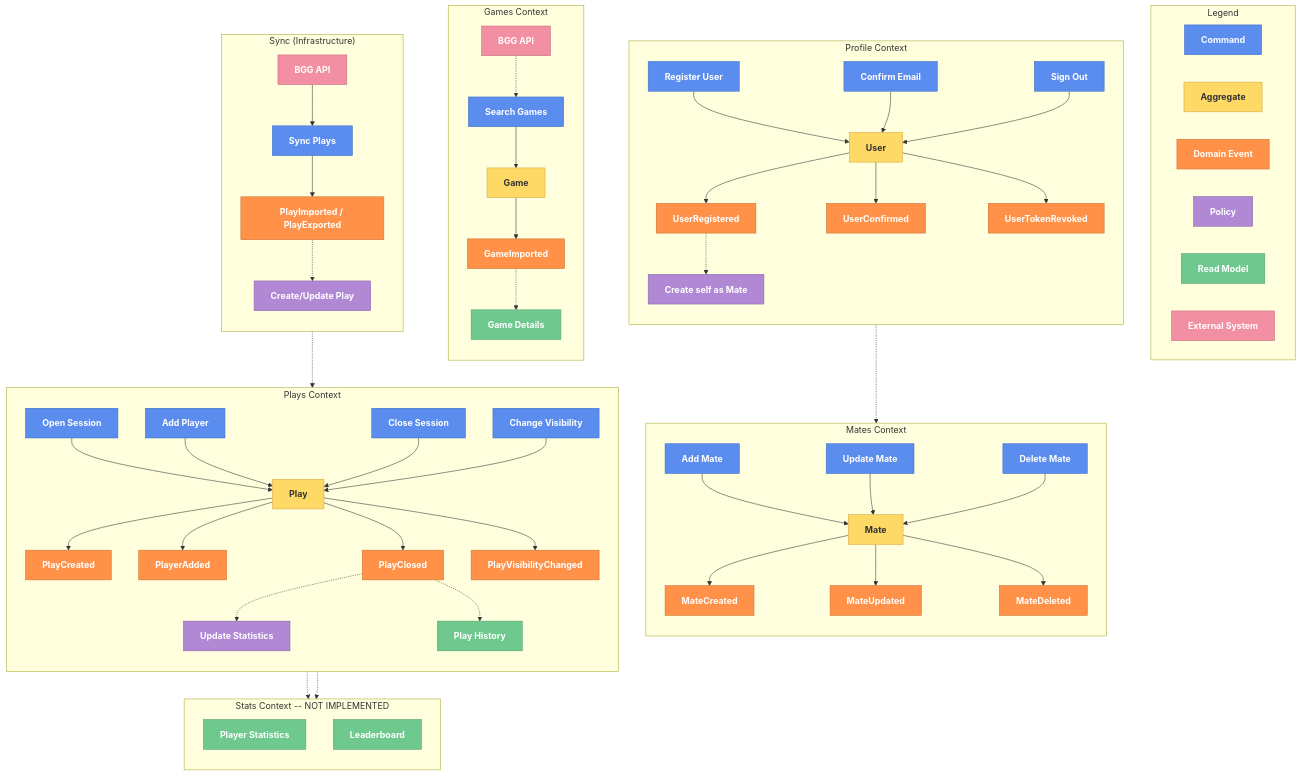
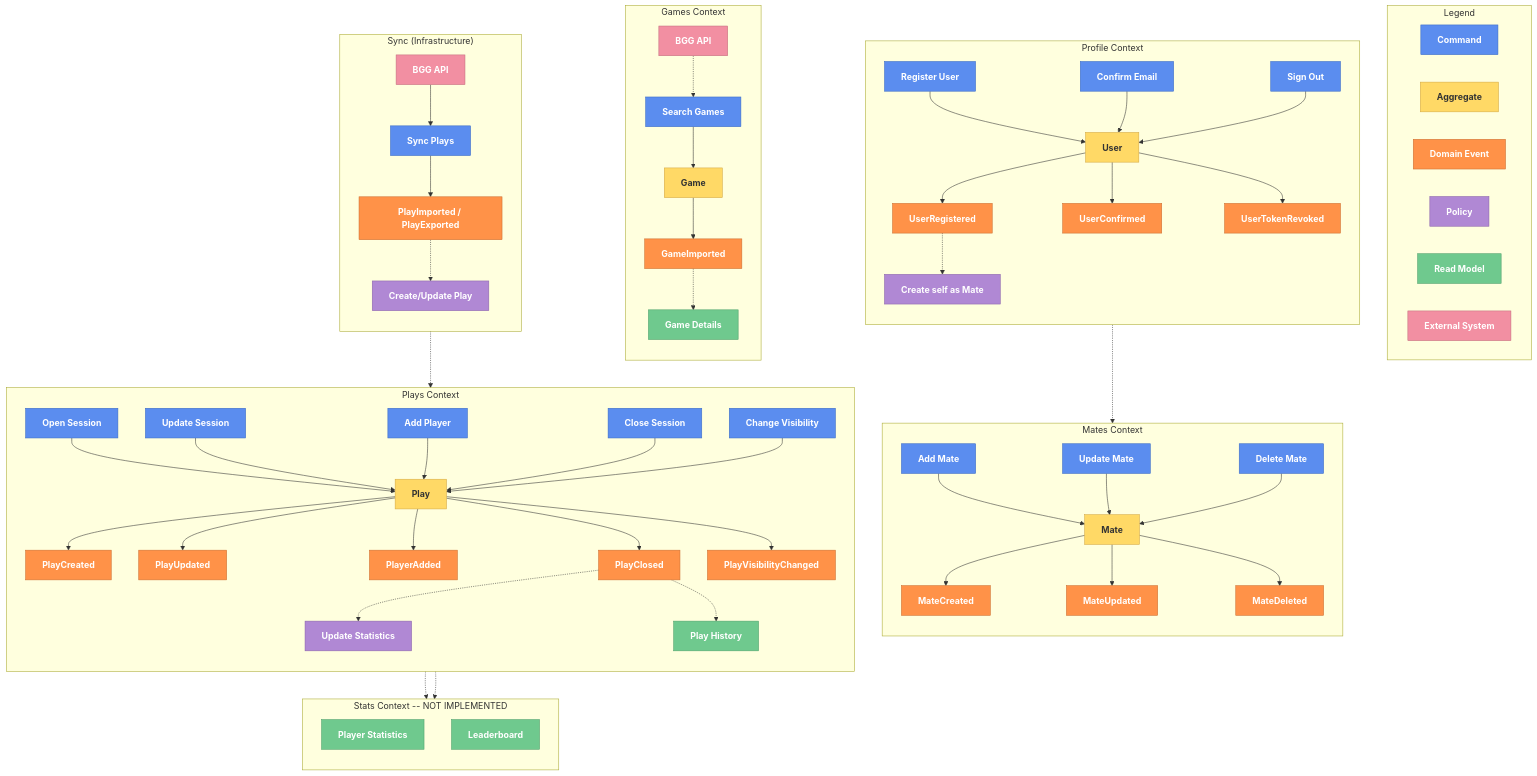
One commit to anddreyko/bgl-api changed the fourth of 5 diagrams in docs/01-project-overview/02-business-domain.md. Above: the diagram before and after it, drawn with Mermaid. The commit also changed other lines of this file and 1 other file, not shown here.

```diff
--- a/docs/01-project-overview/02-business-domain.md
+++ b/docs/01-project-overview/02-business-domain.md
@@ -478,6 +479,9 @@
         cmd_open["Open Session"]:::command --> agg_play["Play"]:::aggregate
         agg_play --> evt_created["PlayCreated"]:::event
 
+        cmd_update["Update Session"]:::command --> agg_play
+        agg_play --> evt_updated["PlayUpdated"]:::event
+
         cmd_add_player["Add Player"]:::command --> agg_play
         agg_play --> evt_player_added["PlayerAdded"]:::event
 
```
